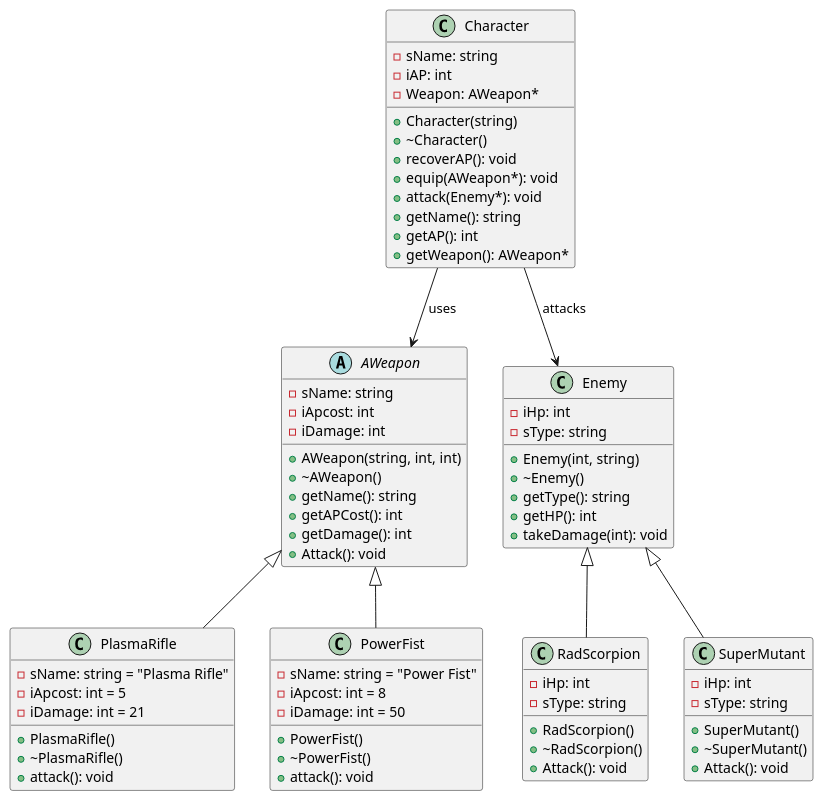
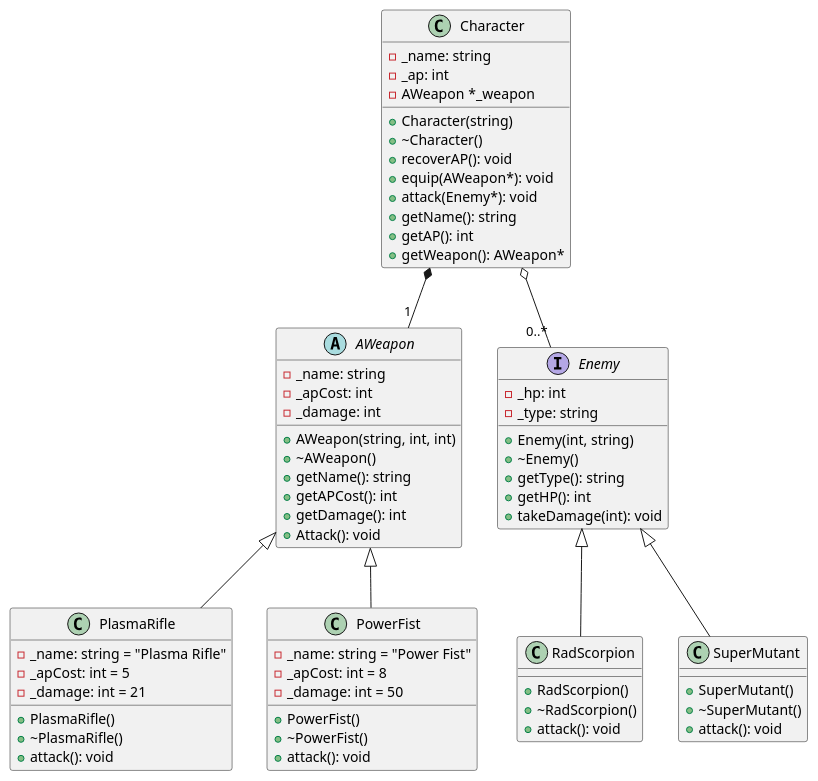
One commit to AMarieTnS/CppTraining changed the diagram in Module 4/ex1/ex1.plantuml. Above: the diagram before and after it, drawn with PlantUML. The commit also changed 14 other files, not shown here.

```diff
--- a/Module 4/ex1/ex1.plantuml
+++ b/Module 4/ex1/ex1.plantuml
@@ -1,80 +1,76 @@
 @startuml UMLModule4Ex1
 abstract class AWeapon {
-  - sName: string
-  - iApcost: int
-  - iDamage: int
+  - _name: string
+  - _apCost: int
+  - _damage: int
   + AWeapon(string, int, int)
   + ~AWeapon()
   + getName(): string
   + getAPCost(): int
   + getDamage(): int
   + Attack(): void
 }
 
 class Character {
-  - sName: string
-  - iAP: int
-  - Weapon: AWeapon*
+  - _name: string
+  - _ap: int
+  - AWeapon *_weapon
   + Character(string)
   + ~Character()
   + recoverAP(): void
   + equip(AWeapon*): void
   + attack(Enemy*): void
   + getName(): string
   + getAP(): int
   + getWeapon(): AWeapon*
 }
 
-class Enemy {
-  - iHp: int
-  - sType: string
+interface Enemy {
+  - _hp: int
+  - _type: string
   + Enemy(int, string)
   + ~Enemy()
   + getType(): string
   + getHP(): int
   + takeDamage(int): void
 }
 
 class PlasmaRifle {
-  - sName: string = "Plasma Rifle"
-  - iApcost: int = 5
-  - iDamage: int = 21
+  - _name: string = "Plasma Rifle"
+  - _apCost: int = 5
+  - _damage: int = 21
   + PlasmaRifle()
   + ~PlasmaRifle()
   + attack(): void
 }
 
 class PowerFist {
-  - sName: string = "Power Fist"
-  - iApcost: int = 8
-  - iDamage: int = 50
+  - _name: string = "Power Fist"
+  - _apCost: int = 8
+  - _damage: int = 50
   + PowerFist()
   + ~PowerFist()
   + attack(): void
 }
 
 class RadScorpion {
-  - iHp: int
-  - sType: string
   + RadScorpion()
   + ~RadScorpion()
-  + Attack(): void
+  + attack(): void
 }
 
 class SuperMutant {
-  - iHp: int
-  - sType: string
   + SuperMutant()
   + ~SuperMutant()
-  + Attack(): void
+  + attack(): void
 }
-Character --> AWeapon : uses
-Character --> Enemy : attacks
+Character *-- "1" AWeapon
+Character o-- "0..*" Enemy
 AWeapon <|-- PlasmaRifle
 AWeapon <|-- PowerFist
 Enemy <|-- RadScorpion
 Enemy <|-- SuperMutant
 
 
 
 @enduml
```
